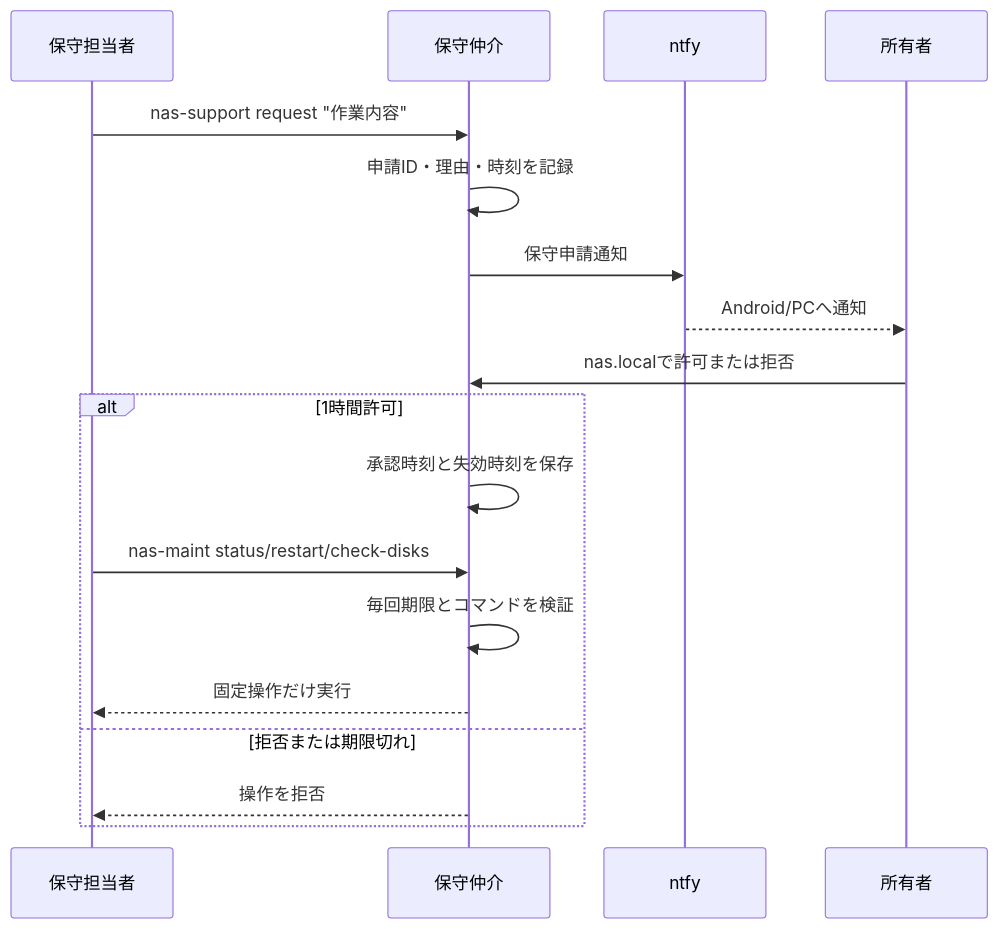
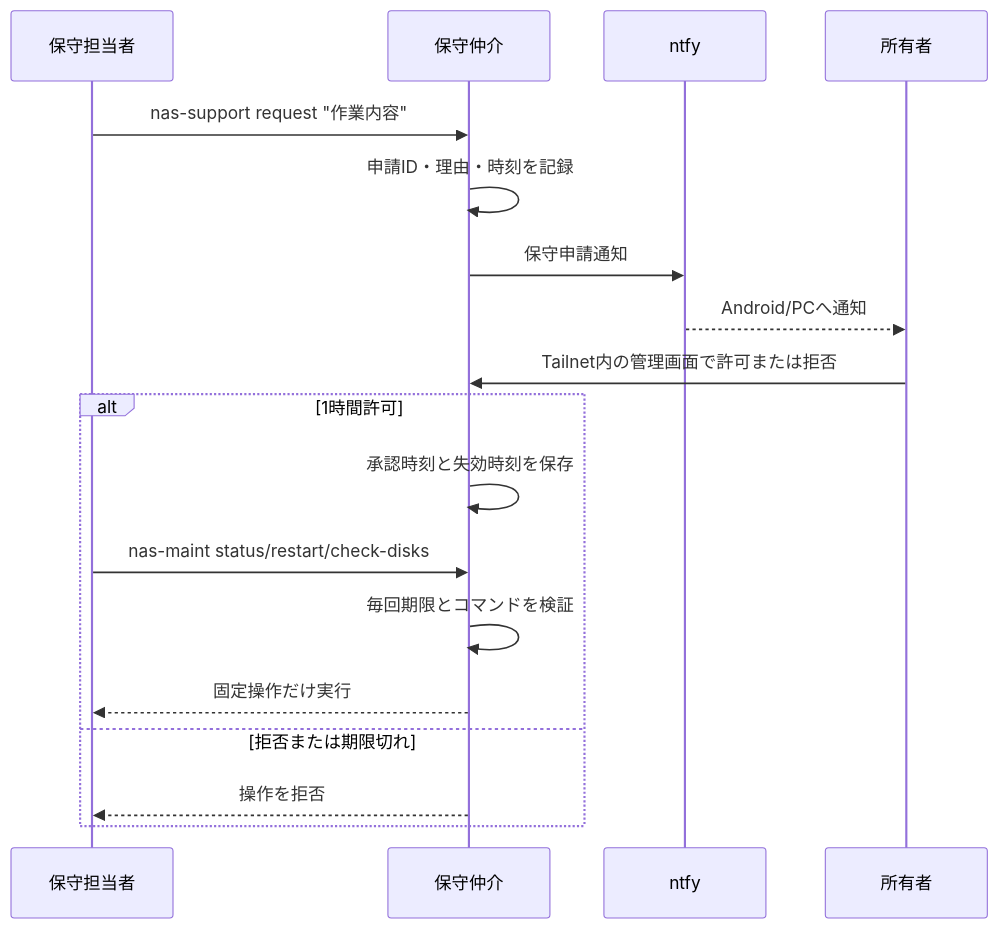
One commit to ryosukeue/nas-setup changed the third of 3 diagrams in ARCHITECTURE.md. Above: the diagram before and after it, drawn with Mermaid. The commit also changed other lines of this file and 1 other file, not shown here.

````diff
--- a/ARCHITECTURE.md
+++ b/ARCHITECTURE.md
@@ -152,21 +161,21 @@
 ```mermaid
 sequenceDiagram
     participant Support as 保守担当者
     participant Broker as 保守仲介
     participant Ntfy as ntfy
     participant Owner as 所有者
 
     Support->>Broker: nas-support request "作業内容"
     Broker->>Broker: 申請ID・理由・時刻を記録
     Broker->>Ntfy: 保守申請通知
     Ntfy-->>Owner: Android/PCへ通知
-    Owner->>Broker: nas.localで許可または拒否
+    Owner->>Broker: Tailnet内の管理画面で許可または拒否
     alt 1時間許可
         Broker->>Broker: 承認時刻と失効時刻を保存
         Support->>Broker: nas-maint status/restart/check-disks
         Broker->>Broker: 毎回期限とコマンドを検証
         Broker-->>Support: 固定操作だけ実行
     else 拒否または期限切れ
         Broker-->>Support: 操作を拒否
     end
 ```
````
